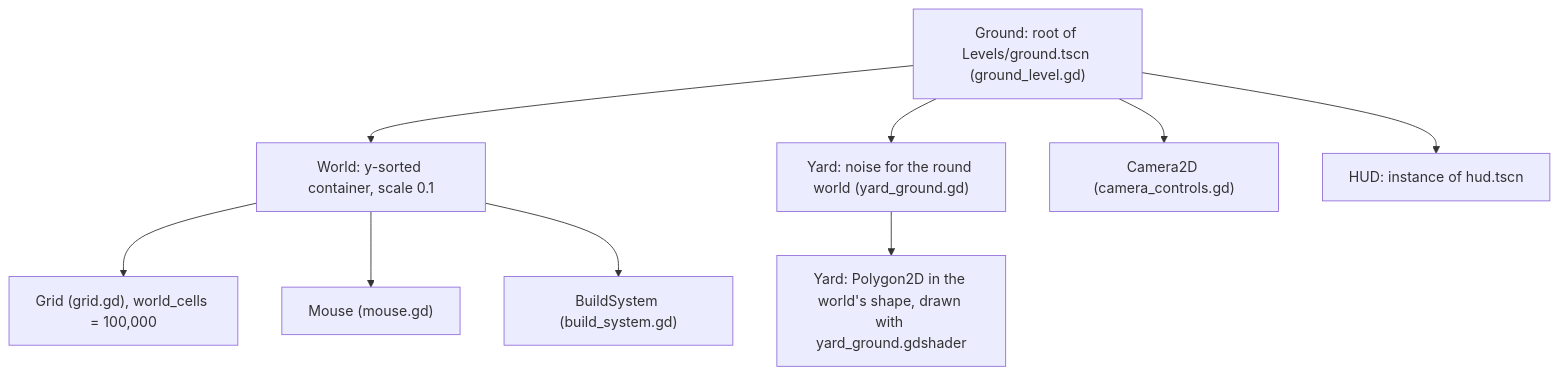
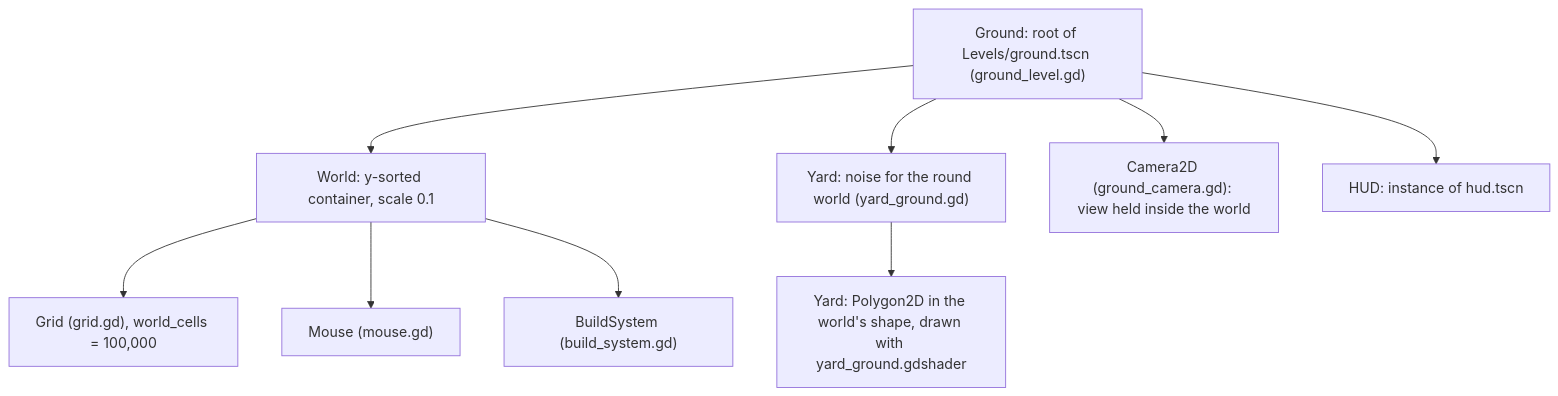
One commit to Liam-M-Mays/game-jam-2026 changed the fourth of 11 diagrams in docs/architecture.md. Above: the diagram before and after it, drawn with Mermaid. The commit also changed 6 other files, not shown here.

First line of the commit message:
Rework part 8b: camera, HUD and music on the ground

````diff
--- a/docs/architecture.md
+++ b/docs/architecture.md
@@ -187,21 +187,21 @@
 ```mermaid
 flowchart TD
     ground["Ground: root of Levels/ground.tscn (ground_level.gd)"]
     world["World: y-sorted container, scale 0.1"]
     grid["Grid (grid.gd), world_cells = 100,000"]
     cursor["Mouse (mouse.gd)"]
     buildSystem["BuildSystem (build_system.gd)"]
     yard["Yard: noise for the round world (yard_ground.gd)"]
     shape["Yard: Polygon2D in the world's shape, drawn with yard_ground.gdshader"]
-    camera["Camera2D (camera_controls.gd)"]
+    camera["Camera2D (ground_camera.gd): view held inside the world"]
     hud["HUD: instance of hud.tscn"]
 
     ground --> world
     world --> grid
     world --> cursor
     world --> buildSystem
     ground --> yard
     yard --> shape
     ground --> camera
     ground --> hud
 ```
````
